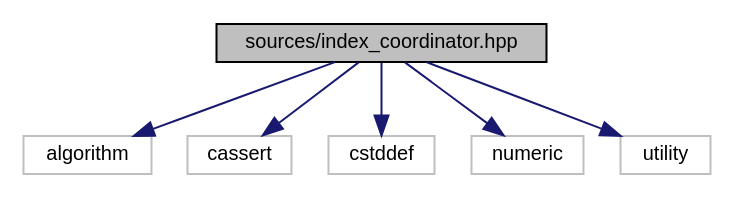
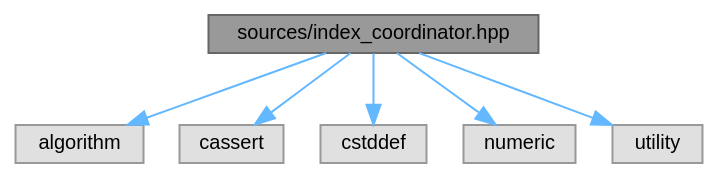
The diagram in dev/documentation/index__coordinator_8hpp__incl.dot (eliogovea/dev-env-cpp), drawn with Graphviz before and after one commit. The commit also changed 247 other files, not shown here.

```diff
--- a/dev/documentation/index__coordinator_8hpp__incl.dot
+++ b/dev/documentation/index__coordinator_8hpp__incl.dot
@@ -1,17 +1,18 @@
 digraph "sources/index_coordinator.hpp"
 {
  // LATEX_PDF_SIZE
-  edge [fontname="Helvetica",fontsize="10",labelfontname="Helvetica",labelfontsize="10"];
-  node [fontname="Helvetica",fontsize="10",shape=record];
-  Node1 [label="sources/index_coordinator.hpp",height=0.2,width=0.4,color="black", fillcolor="grey75", style="filled", fontcolor="black",tooltip=" "];
-  Node1 -> Node2 [color="midnightblue",fontsize="10",style="solid",fontname="Helvetica"];
-  Node2 [label="algorithm",height=0.2,width=0.4,color="grey75", fillcolor="white", style="filled",tooltip=" "];
-  Node1 -> Node3 [color="midnightblue",fontsize="10",style="solid",fontname="Helvetica"];
-  Node3 [label="cassert",height=0.2,width=0.4,color="grey75", fillcolor="white", style="filled",tooltip=" "];
-  Node1 -> Node4 [color="midnightblue",fontsize="10",style="solid",fontname="Helvetica"];
-  Node4 [label="cstddef",height=0.2,width=0.4,color="grey75", fillcolor="white", style="filled",tooltip=" "];
-  Node1 -> Node5 [color="midnightblue",fontsize="10",style="solid",fontname="Helvetica"];
-  Node5 [label="numeric",height=0.2,width=0.4,color="grey75", fillcolor="white", style="filled",tooltip=" "];
-  Node1 -> Node6 [color="midnightblue",fontsize="10",style="solid",fontname="Helvetica"];
-  Node6 [label="utility",height=0.2,width=0.4,color="grey75", fillcolor="white", style="filled",tooltip=" "];
+  bgcolor="transparent";
+  edge [fontname=Helvetica,fontsize=10,labelfontname=Helvetica,labelfontsize=10];
+  node [fontname=Helvetica,fontsize=10,shape=box,height=0.2,width=0.4];
+  Node1 [id="Node000001",label="sources/index_coordinator.hpp",height=0.2,width=0.4,color="gray40", fillcolor="grey60", style="filled", fontcolor="black",tooltip=" "];
+  Node1 -> Node2 [id="edge1_Node000001_Node000002",color="steelblue1",style="solid",tooltip=" "];
+  Node2 [id="Node000002",label="algorithm",height=0.2,width=0.4,color="grey60", fillcolor="#E0E0E0", style="filled",tooltip=" "];
+  Node1 -> Node3 [id="edge2_Node000001_Node000003",color="steelblue1",style="solid",tooltip=" "];
+  Node3 [id="Node000003",label="cassert",height=0.2,width=0.4,color="grey60", fillcolor="#E0E0E0", style="filled",tooltip=" "];
+  Node1 -> Node4 [id="edge3_Node000001_Node000004",color="steelblue1",style="solid",tooltip=" "];
+  Node4 [id="Node000004",label="cstddef",height=0.2,width=0.4,color="grey60", fillcolor="#E0E0E0", style="filled",tooltip=" "];
+  Node1 -> Node5 [id="edge4_Node000001_Node000005",color="steelblue1",style="solid",tooltip=" "];
+  Node5 [id="Node000005",label="numeric",height=0.2,width=0.4,color="grey60", fillcolor="#E0E0E0", style="filled",tooltip=" "];
+  Node1 -> Node6 [id="edge5_Node000001_Node000006",color="steelblue1",style="solid",tooltip=" "];
+  Node6 [id="Node000006",label="utility",height=0.2,width=0.4,color="grey60", fillcolor="#E0E0E0", style="filled",tooltip=" "];
 }
```
